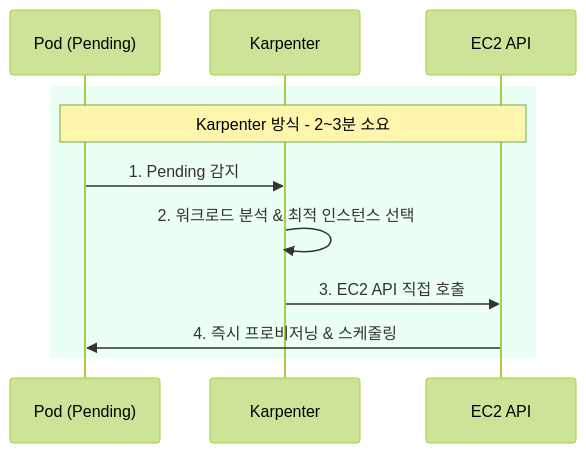
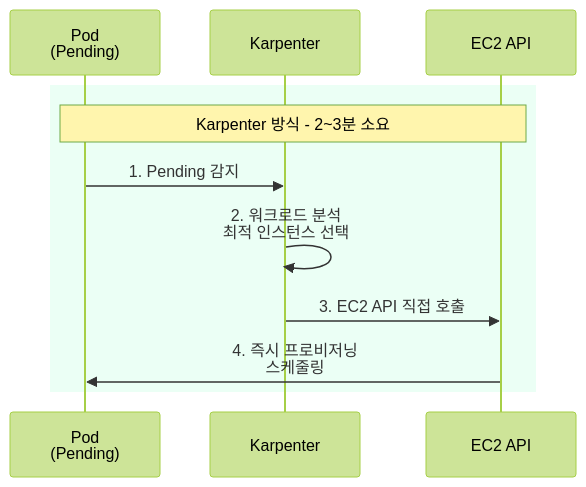
Before and after one commit to devfloor9/engineering-playbook: the third of 15 diagrams in docs/agentic-ai-platform/design-architecture/agentic-ai-solutions-eks.md, drawn with Mermaid (forest theme). The commit also changed other lines of this file and 24 other files, not shown here.

````diff
--- a/docs/agentic-ai-platform/design-architecture/agentic-ai-solutions-eks.md
+++ b/docs/agentic-ai-platform/design-architecture/agentic-ai-solutions-eks.md
@@ -133,14 +137,14 @@
 ```mermaid
 sequenceDiagram
-    participant Pod as Pod (Pending)
+    participant Pod as Pod<br/>(Pending)
     participant Karp as Karpenter
     participant EC2 as EC2 API
 
     rect rgb(235, 255, 245)
     Note over Pod,EC2: Karpenter 방식 - 2~3분 소요
     Pod->>Karp: 1. Pending 감지
-    Karp->>Karp: 2. 워크로드 분석 & 최적 인스턴스 선택
+    Karp->>Karp: 2. 워크로드 분석<br/>최적 인스턴스 선택
     Karp->>EC2: 3. EC2 API 직접 호출
-    EC2->>Pod: 4. 즉시 프로비저닝 & 스케줄링
+    EC2->>Pod: 4. 즉시 프로비저닝<br/>스케줄링
     end
 ```
````
